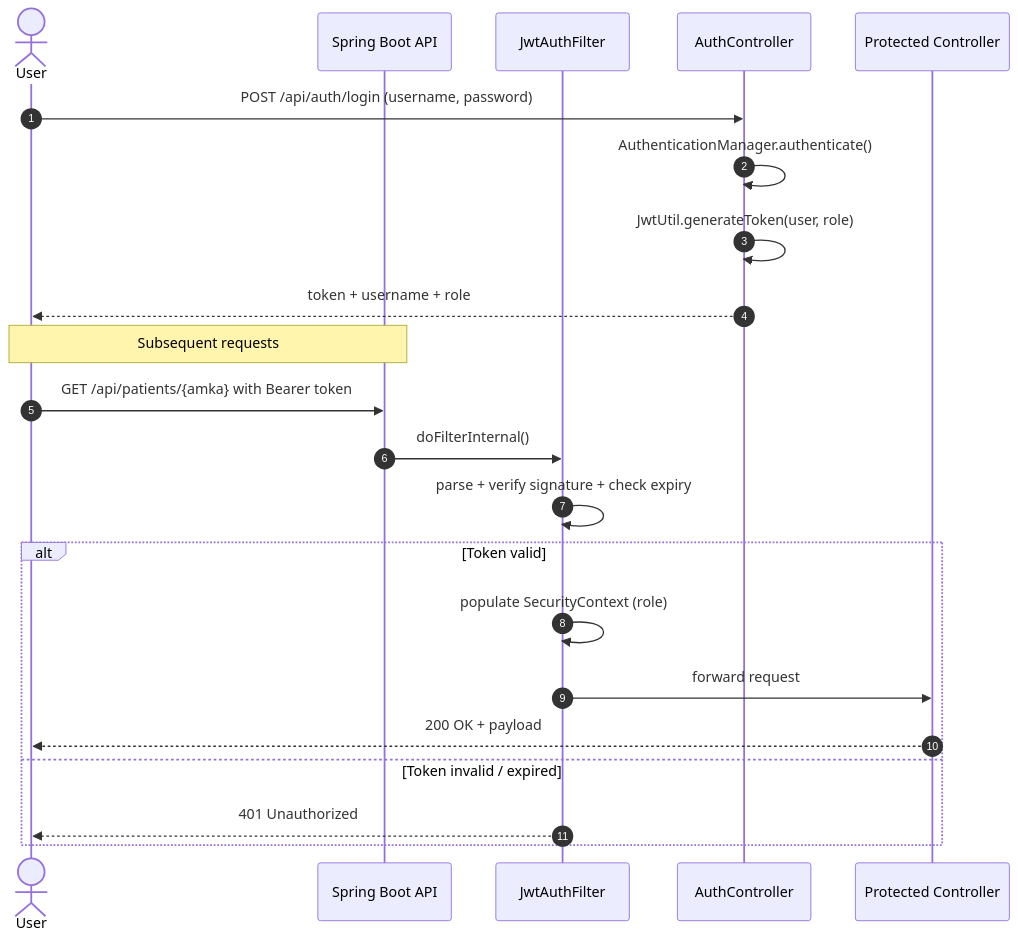
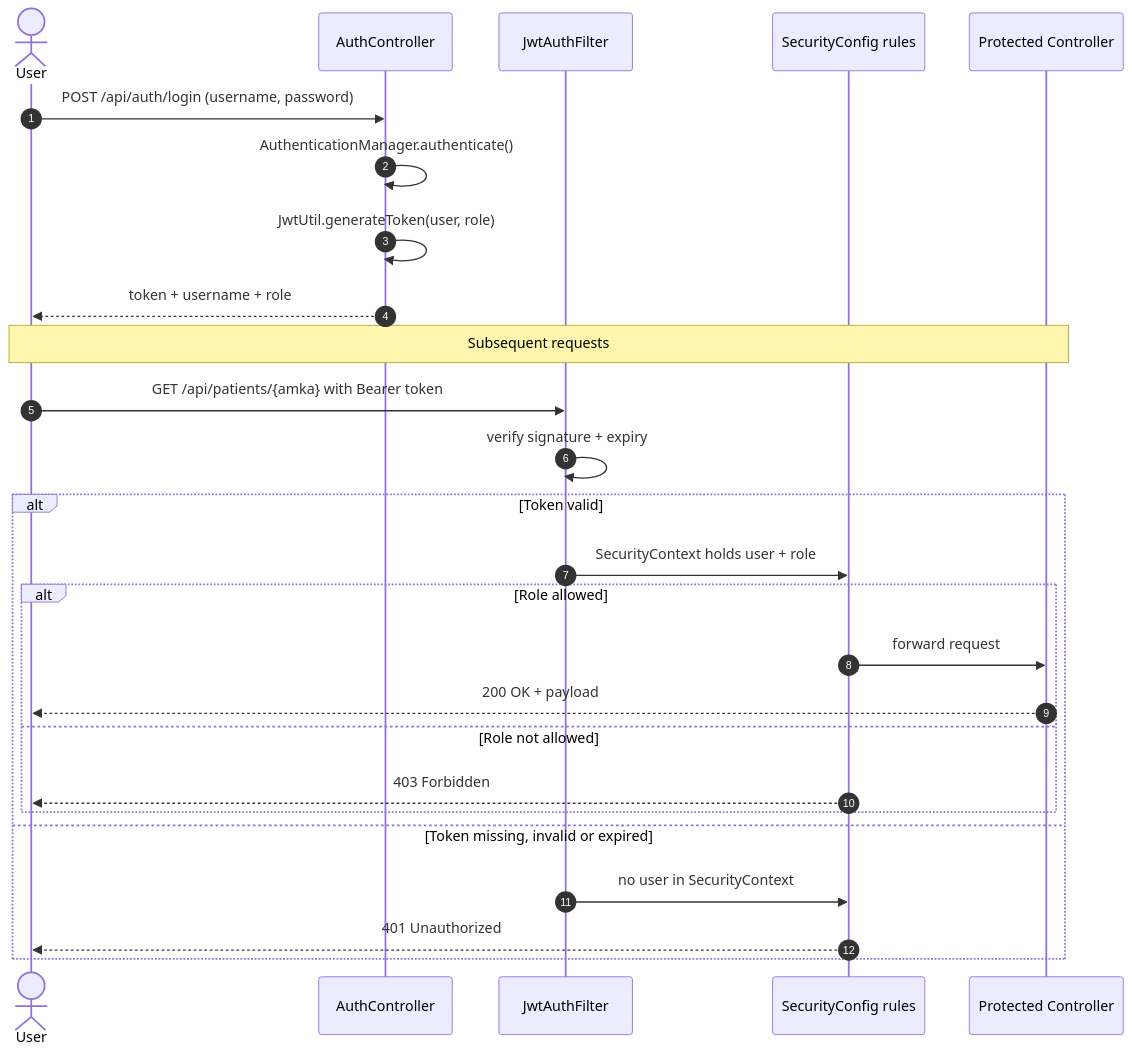
The second of 3 diagrams in README.md (DimitriosDalaklidhs/spring-boot-Greek-hospital-system), drawn with Mermaid before and after one commit. The commit also changed other lines of this file, not shown here.

````diff
--- a/README.md
+++ b/README.md
@@ -137,27 +134,31 @@
 ```mermaid
 sequenceDiagram
     autonumber
     actor User
-    participant API as Spring Boot API
+    participant Auth as AuthController
     participant Filter as JwtAuthFilter
-    participant Auth as AuthController
+    participant Rules as SecurityConfig rules
     participant Ctrl as Protected Controller
 
     User->>Auth: POST /api/auth/login (username, password)
     Auth->>Auth: AuthenticationManager.authenticate()
     Auth->>Auth: JwtUtil.generateToken(user, role)
     Auth-->>User: token + username + role
 
-    Note over User,API: Subsequent requests
+    Note over User,Ctrl: Subsequent requests
 
-    User->>API: GET /api/patients/{amka} with Bearer token
-    API->>Filter: doFilterInternal()
-    Filter->>Filter: parse + verify signature + check expiry
+    User->>Filter: GET /api/patients/{amka} with Bearer token
+    Filter->>Filter: verify signature + expiry
     alt Token valid
-        Filter->>Filter: populate SecurityContext (role)
-        Filter->>Ctrl: forward request
-        Ctrl-->>User: 200 OK + payload
-    else Token invalid / expired
-        Filter-->>User: 401 Unauthorized
+        Filter->>Rules: SecurityContext holds user + role
+        alt Role allowed
+            Rules->>Ctrl: forward request
+            Ctrl-->>User: 200 OK + payload
+        else Role not allowed
+            Rules-->>User: 403 Forbidden
+        end
+    else Token missing, invalid or expired
+        Filter->>Rules: no user in SecurityContext
+        Rules-->>User: 401 Unauthorized
     end
 ```
````
